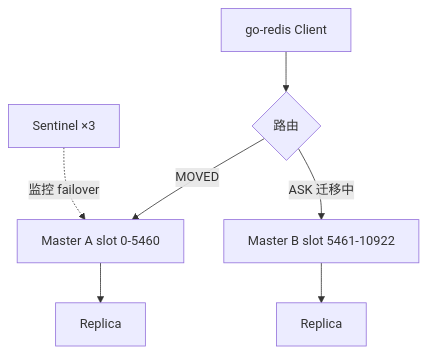
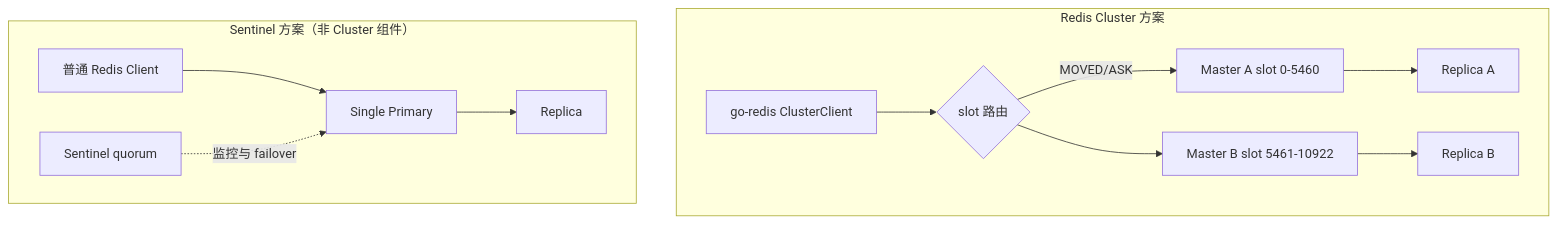
Before and after one commit to twodog-tt/Golang-development-manual: the diagram in docs/interview/middleware/redis/S-DIST-01-redis-cluster.md, drawn with Mermaid. The commit also changed other lines of this file and 438 other files, not shown here.

````diff
--- a/docs/interview/middleware/redis/S-DIST-01-redis-cluster.md
+++ b/docs/interview/middleware/redis/S-DIST-01-redis-cluster.md
@@ -40,9 +40,15 @@
 ```mermaid
 flowchart TB
-  Client[go-redis Client] --> Proxy{路由}
-  Proxy -->|MOVED| NodeA[Master A slot 0-5460]
-  Proxy -->|ASK 迁移中| NodeB[Master B slot 5461-10922]
-  NodeA --> SlaveA[Replica]
-  NodeB --> SlaveB[Replica]
-  Sentinel[Sentinel ×3] -.->|监控 failover| NodeA
+  subgraph cluster[Redis Cluster 方案]
+    Client[go-redis ClusterClient] --> Router{slot 路由}
+    Router -->|MOVED/ASK| NodeA[Master A slot 0-5460]
+    Router --> NodeB[Master B slot 5461-10922]
+    NodeA --> ReplicaA[Replica A]
+    NodeB --> ReplicaB[Replica B]
+  end
+  subgraph sentinel[Sentinel 方案（非 Cluster 组件）]
+    App2[普通 Redis Client] --> Primary[Single Primary]
+    Primary --> Replica[Replica]
+    Sentinels[Sentinel quorum] -.->|监控与 failover| Primary
+  end
 ```
````
